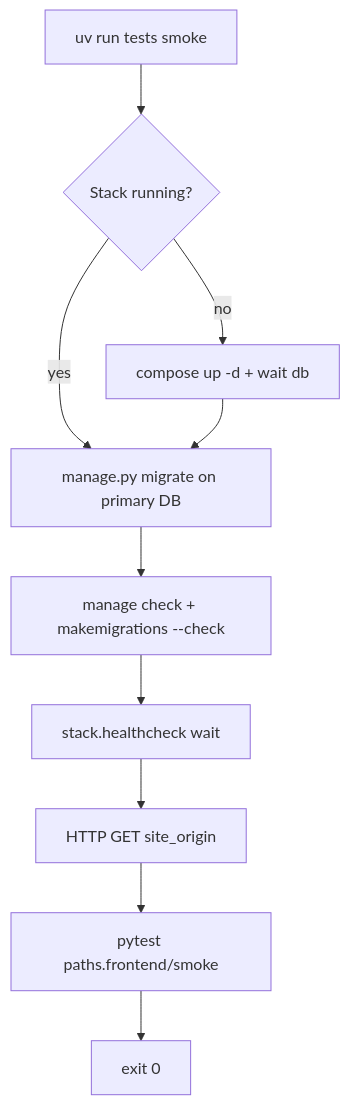
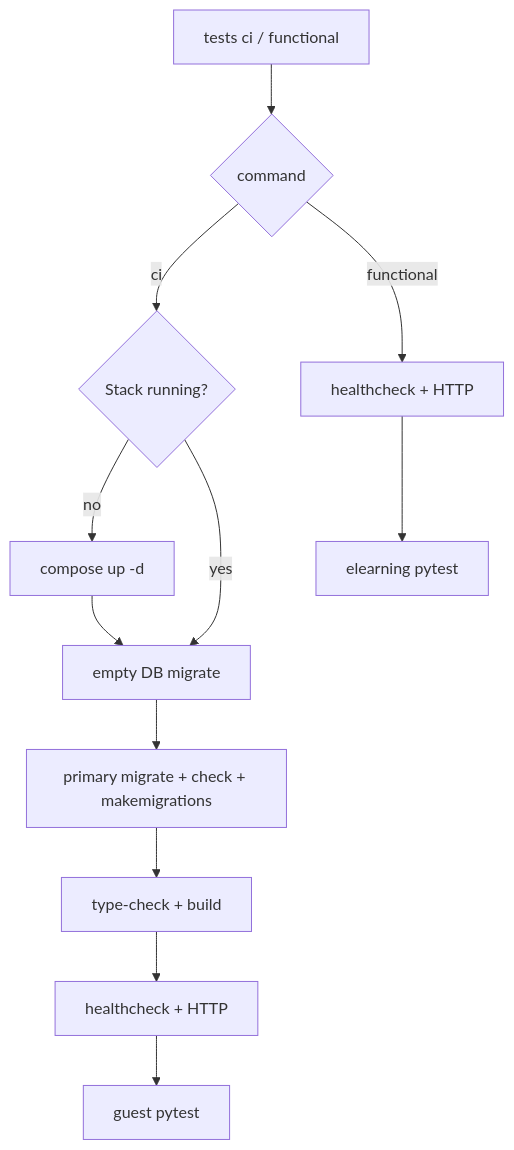
The diagram in docs/SMOKE_TESTS.md (catalpainternational/catalpa-workspace-tooling), drawn with Mermaid before and after one commit. The commit also changed other lines of this file and 6 other files, not shown here.

First line of the commit message:
Add tests ci/functional gate with compose-node frontend build.

````diff
--- a/docs/SMOKE_TESTS.md
+++ b/docs/SMOKE_TESTS.md
@@ -30,12 +38,14 @@
 ```mermaid
 flowchart TD
-  start[uv run tests smoke] --> up{Stack running?}
-  up -->|no| composeUp[compose up -d + wait db]
-  up -->|yes| migrate
-  composeUp --> migrate[manage.py migrate on primary DB]
-  migrate --> check[manage check + makemigrations --check]
-  check --> web[stack.healthcheck wait]
-  web --> http[HTTP GET site_origin]
-  http --> pytest[pytest paths.frontend/smoke]
-  pytest --> pass[exit 0]
+  start[tests ci / functional] --> mode{command}
+  mode -->|ci| up{Stack running?}
+  up -->|no| composeUp[compose up -d]
+  up -->|yes| emptyMigrate
+  composeUp --> emptyMigrate[empty DB migrate]
+  emptyMigrate --> migrate[primary migrate + check + makemigrations]
+  migrate --> build[type-check + build]
+  build --> web[healthcheck + HTTP]
+  web --> pytest[guest pytest]
+  mode -->|functional| web2[healthcheck + HTTP]
+  web2 --> pytestF[elearning pytest]
 ```
````
